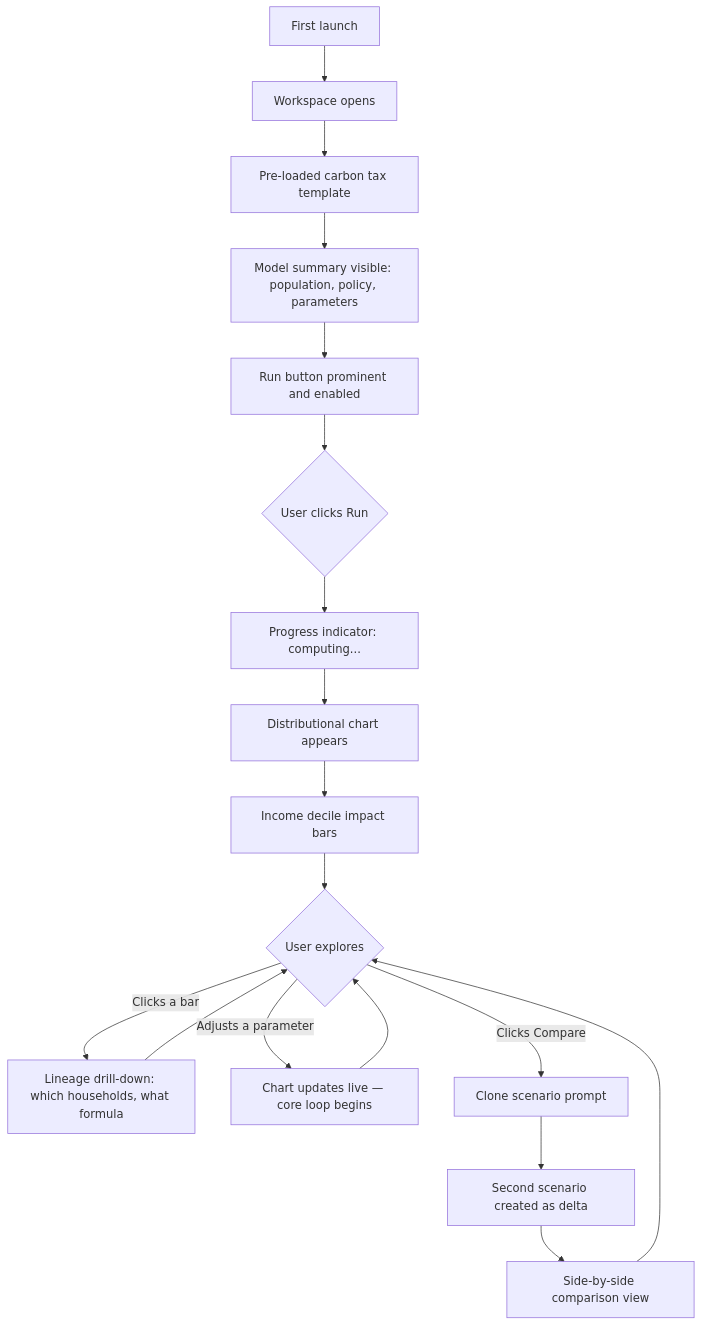
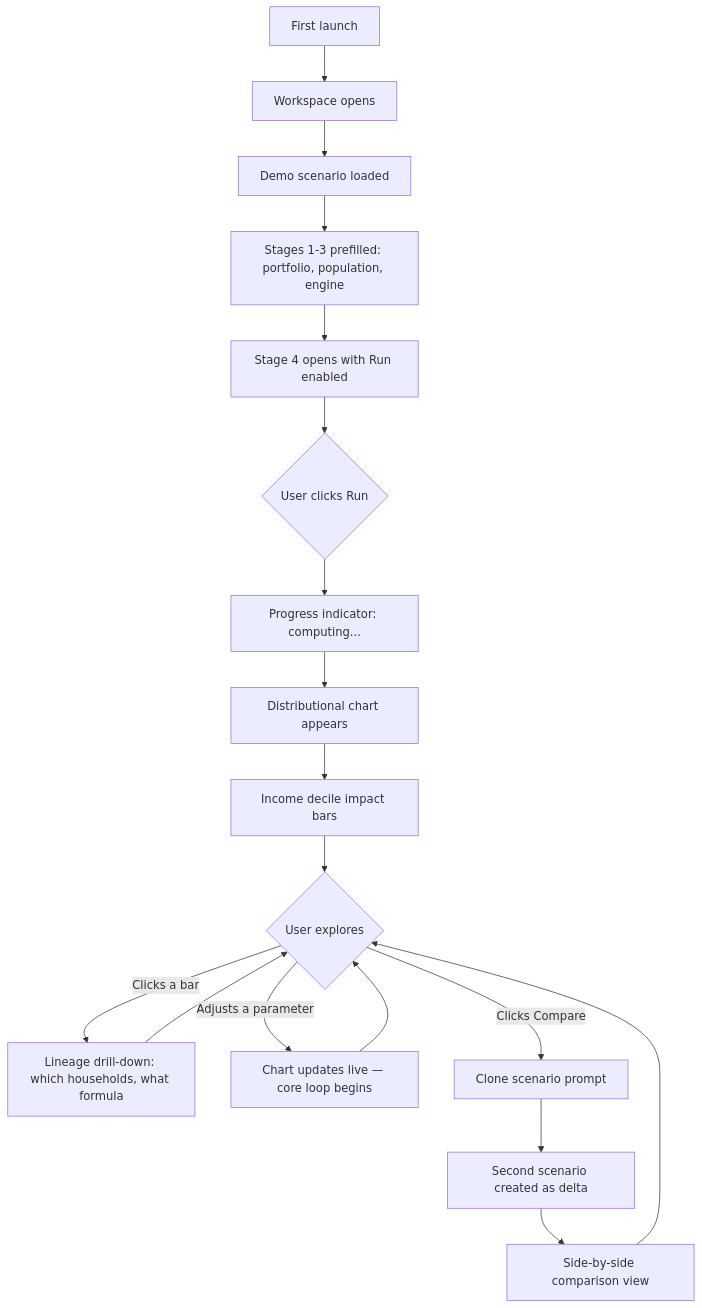
Before and after one commit to reformlab/ReformLab: the second of 8 diagrams in _bmad-output/planning-artifacts/ux-design-specification.md, drawn with Mermaid. The commit also changed other lines of this file and 3 other files, not shown here.

````diff
--- a/_bmad-output/planning-artifacts/ux-design-specification.md
+++ b/_bmad-output/planning-artifacts/ux-design-specification.md
@@ -516,23 +520,23 @@
 ```mermaid
 flowchart TD
     A[First launch] --> B[Workspace opens]
-    B --> C[Pre-loaded carbon tax template]
-    C --> D[Model summary visible: population, policy, parameters]
-    D --> E[Run button prominent and enabled]
+    B --> C[Demo scenario loaded]
+    C --> D[Stages 1-3 prefilled: portfolio, population, engine]
+    D --> E[Stage 4 opens with Run enabled]
 
     E --> F{User clicks Run}
     F --> G[Progress indicator: computing...]
     G --> H[Distributional chart appears]
     H --> I[Income decile impact bars]
 
     I --> J{User explores}
     J -->|Clicks a bar| K[Lineage drill-down: which households, what formula]
     J -->|Adjusts a parameter| L[Chart updates live — core loop begins]
     J -->|Clicks Compare| M[Clone scenario prompt]
 
     K --> J
     L --> J
     M --> N[Second scenario created as delta]
     N --> O[Side-by-side comparison view]
     O --> J
 ```
````
